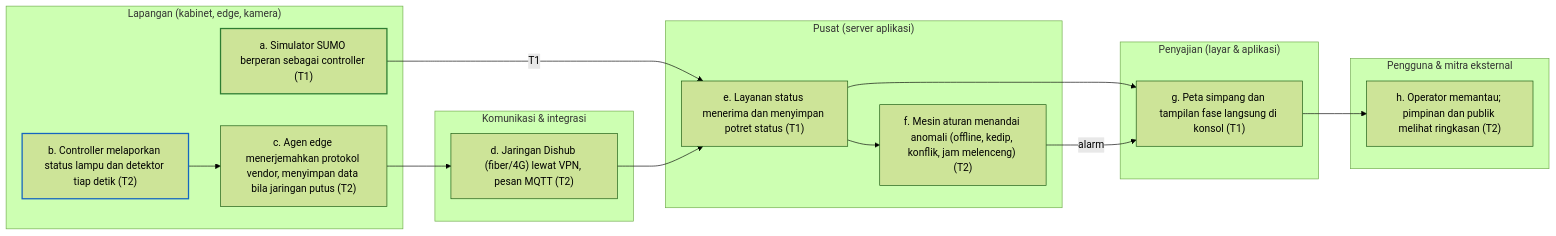
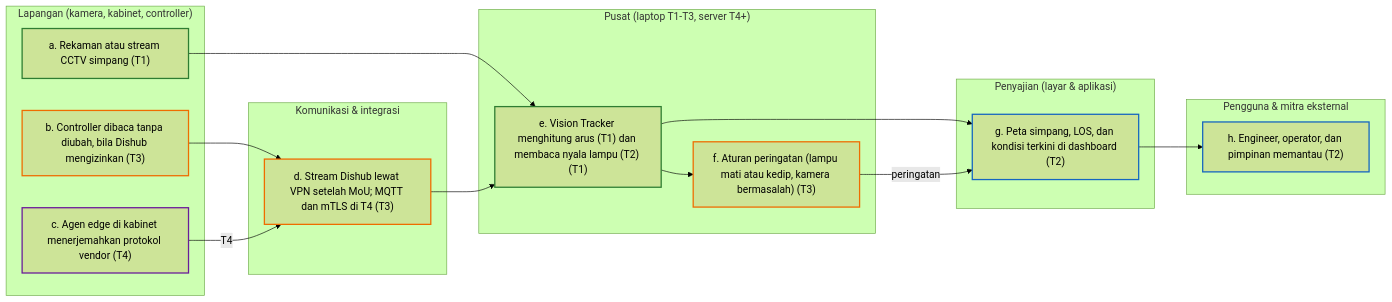
The first of 12 diagrams in docs/planning/diagram/_bagian_diagram.md (lionateofhaidar/irama-project), drawn with Mermaid (forest theme) before and after one commit. The commit also changed other lines of this file and 75 other files, not shown here.

First line of the commit message:
Revisi fokus T2 Vision Tracker dan Optimasi Simpang; dokumen 14 sampai 16; diagram dirutekan ulang

````diff
--- a/docs/planning/diagram/_bagian_diagram.md
+++ b/docs/planning/diagram/_bagian_diagram.md
@@ -39,31 +39,37 @@
 ```mermaid
 flowchart LR
   subgraph P["Pengguna & mitra eksternal"]
-    F01h["h. Operator memantau; pimpinan dan publik melihat ringkasan (T2)"]
+    F01h["h. Engineer, operator, dan pimpinan memantau (T2)"]
   end
   subgraph U["Penyajian (layar & aplikasi)"]
-    F01g["g. Peta simpang dan tampilan fase langsung di konsol (T1)"]
+    F01g["g. Peta simpang, LOS, dan kondisi terkini di dashboard (T2)"]
   end
-  subgraph S["Pusat (server aplikasi)"]
-    F01e["e. Layanan status menerima dan menyimpan potret status (T1)"]
-    F01f["f. Mesin aturan menandai anomali (offline, kedip, konflik, jam melenceng) (T2)"]
+  subgraph S["Pusat (laptop T1-T3, server T4+)"]
+    F01e["e. Vision Tracker menghitung arus (T1) dan membaca nyala lampu (T2) (T1)"]
+    F01f["f. Aturan peringatan (lampu mati atau kedip, kamera bermasalah) (T3)"]
   end
   subgraph K["Komunikasi & integrasi"]
-    F01d["d. Jaringan Dishub (fiber/4G) lewat VPN, pesan MQTT (T2)"]
+    F01d["d. Stream Dishub lewat VPN setelah MoU; MQTT dan mTLS di T4 (T3)"]
   end
-  subgraph L["Lapangan (kabinet, edge, kamera)"]
-    F01a["a. Simulator SUMO berperan sebagai controller (T1)"]
-    F01b["b. Controller melaporkan status lampu dan detektor tiap detik (T2)"]
-    F01c["c. Agen edge menerjemahkan protokol vendor, menyimpan data bila jaringan putus (T2)"]
+  subgraph L["Lapangan (kamera, kabinet, controller)"]
+    F01a["a. Rekaman atau stream CCTV simpang (T1)"]
+    F01b["b. Controller dibaca tanpa diubah, bila Dishub mengizinkan (T3)"]
+    F01c["c. Agen edge di kabinet menerjemahkan protokol vendor (T4)"]
   end
-  F01a -->|T1| F01e
-  F01b --> F01c
-  F01c --> F01d
+  F01a --> F01e
+  F01b --> F01d
+  F01c -->|T4| F01d
   F01d --> F01e
   F01e --> F01f
   F01e --> F01g
-  F01f -->|alarm| F01g
+  F01f -->|peringatan| F01g
   F01g --> F01h
-  style F01a stroke:#2E7D32,stroke-width:2px
-  style F01b stroke:#1565C0,stroke-width:2px
+  classDef t1 stroke:#2E7D32,stroke-width:2px
+  class F01a,F01e t1
+  classDef t2 stroke:#1565C0,stroke-width:2px
+  class F01g,F01h t2
+  classDef t3 stroke:#EF6C00,stroke-width:2px
+  class F01b,F01d,F01f t3
+  classDef t4 stroke:#6A1B9A,stroke-width:2px
+  class F01c t4
 ```
````
